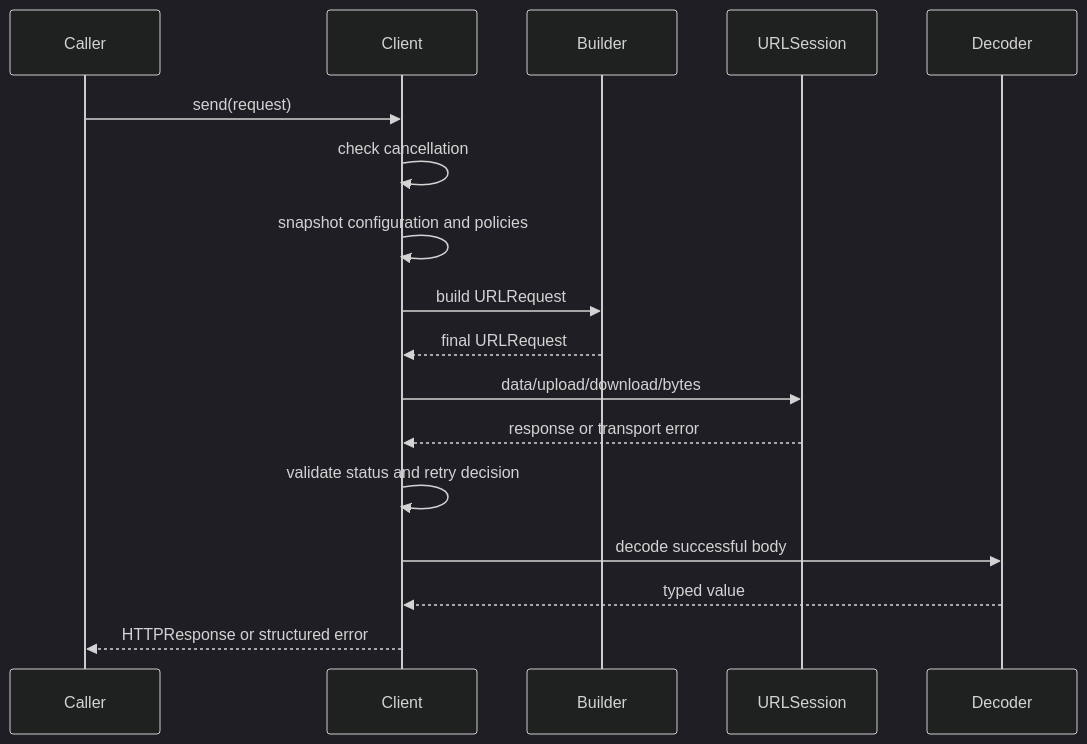
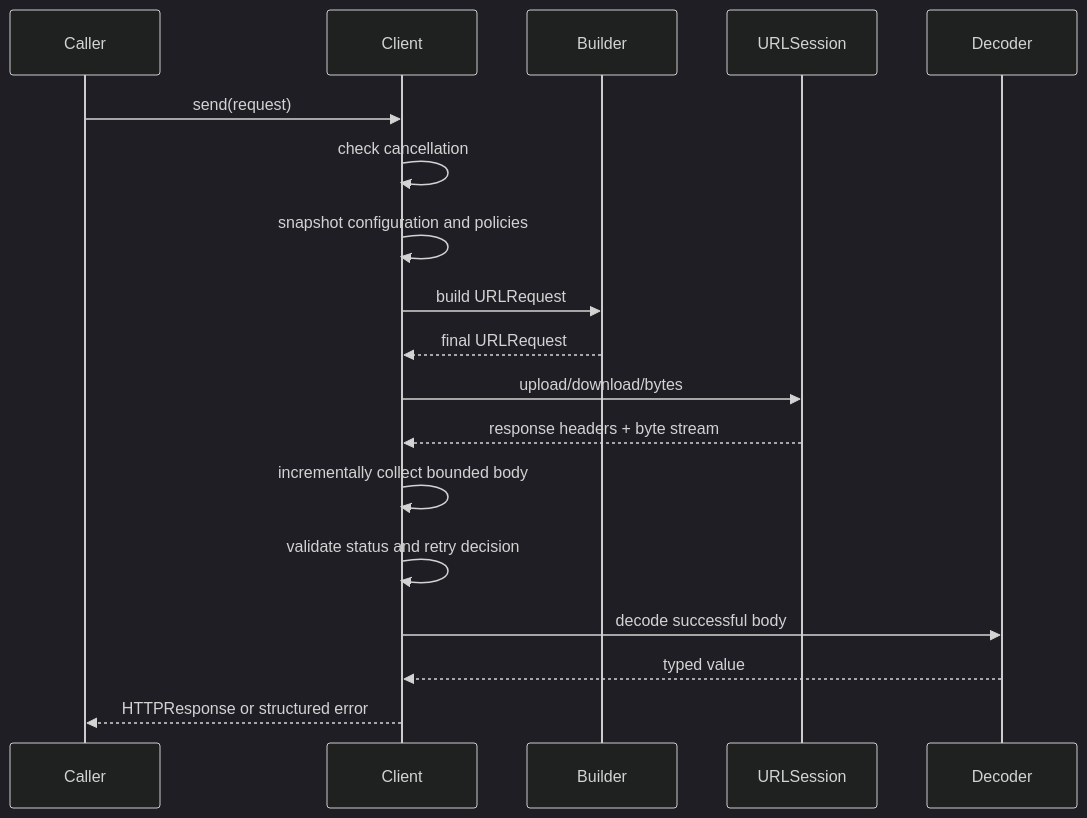
Before and after one commit to MikesHorcrux/AnotherFuckingNetworkingSDK: the third of 3 diagrams in docs/architecture.md, drawn with Mermaid (dark theme). The commit also changed other lines of this file and 5 other files, not shown here.

````diff
--- a/docs/architecture.md
+++ b/docs/architecture.md
@@ -47,20 +47,21 @@
 ```mermaid
 sequenceDiagram
     participant Caller
     participant Client
     participant Builder
     participant URLSession
     participant Decoder
 
     Caller->>Client: send(request)
     Client->>Client: check cancellation
     Client->>Client: snapshot configuration and policies
     Client->>Builder: build URLRequest
     Builder-->>Client: final URLRequest
-    Client->>URLSession: data/upload/download/bytes
-    URLSession-->>Client: response or transport error
+    Client->>URLSession: upload/download/bytes
+    URLSession-->>Client: response headers + byte stream
+    Client->>Client: incrementally collect bounded body
     Client->>Client: validate status and retry decision
     Client->>Decoder: decode successful body
     Decoder-->>Client: typed value
     Client-->>Caller: HTTPResponse or structured error
 ```
````
